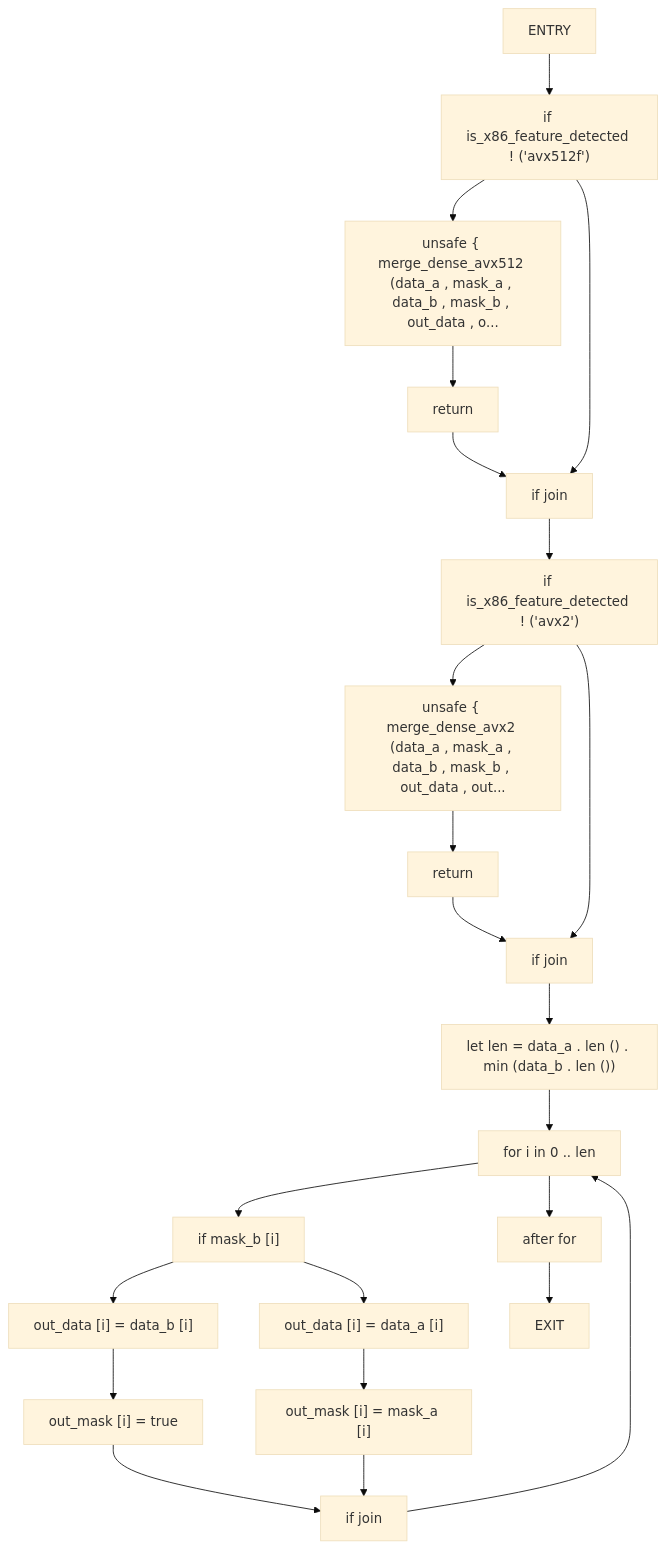
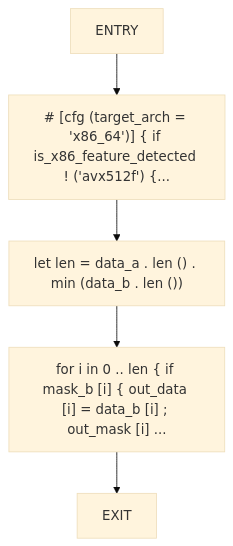
Diagram 20 of 40 in docs/analysis/cfg/010-src-01_page.md (cicero-violate/MMSB), drawn with Mermaid (base theme) before and after one commit. The commit also changed other lines of this file and 865 other files, not shown here.

````diff
--- a/docs/analysis/cfg/010-src-01_page.md
+++ b/docs/analysis/cfg/010-src-01_page.md
@@ -853,44 +561,12 @@
 ```mermaid
 flowchart TD
     merge_dense_simd_0["ENTRY"]
-    merge_dense_simd_1["if is_x86_feature_detected ! ('avx512f')"]
-    merge_dense_simd_2["unsafe { merge_dense_avx512 (data_a , mask_a , data_b , mask_b , out_data , o..."]
-    merge_dense_simd_3["return"]
-    merge_dense_simd_4["if join"]
-    merge_dense_simd_5["if is_x86_feature_detected ! ('avx2')"]
-    merge_dense_simd_6["unsafe { merge_dense_avx2 (data_a , mask_a , data_b , mask_b , out_data , out..."]
-    merge_dense_simd_7["return"]
-    merge_dense_simd_8["if join"]
-    merge_dense_simd_9["let len = data_a . len () . min (data_b . len ())"]
-    merge_dense_simd_10["for i in 0 .. len"]
-    merge_dense_simd_11["if mask_b [i]"]
-    merge_dense_simd_12["out_data [i] = data_b [i]"]
-    merge_dense_simd_13["out_mask [i] = true"]
-    merge_dense_simd_14["out_data [i] = data_a [i]"]
-    merge_dense_simd_15["out_mask [i] = mask_a [i]"]
-    merge_dense_simd_16["if join"]
-    merge_dense_simd_17["after for"]
-    merge_dense_simd_18["EXIT"]
+    merge_dense_simd_1["# [cfg (target_arch = 'x86_64')] { if is_x86_feature_detected ! ('avx512f') {..."]
+    merge_dense_simd_2["let len = data_a . len () . min (data_b . len ())"]
+    merge_dense_simd_3["for i in 0 .. len { if mask_b [i] { out_data [i] = data_b [i] ; out_mask [i] ..."]
+    merge_dense_simd_4["EXIT"]
     merge_dense_simd_0 --> merge_dense_simd_1
     merge_dense_simd_1 --> merge_dense_simd_2
     merge_dense_simd_2 --> merge_dense_simd_3
     merge_dense_simd_3 --> merge_dense_simd_4
-    merge_dense_simd_1 --> merge_dense_simd_4
-    merge_dense_simd_4 --> merge_dense_simd_5
-    merge_dense_simd_5 --> merge_dense_simd_6
-    merge_dense_simd_6 --> merge_dense_simd_7
-    merge_dense_simd_7 --> merge_dense_simd_8
-    merge_dense_simd_5 --> merge_dense_simd_8
-    merge_dense_simd_8 --> merge_dense_simd_9
-    merge_dense_simd_9 --> merge_dense_simd_10
-    merge_dense_simd_10 --> merge_dense_simd_11
-    merge_dense_simd_11 --> merge_dense_simd_12
-    merge_dense_simd_12 --> merge_dense_simd_13
-    merge_dense_simd_11 --> merge_dense_simd_14
-    merge_dense_simd_14 --> merge_dense_simd_15
-    merge_dense_simd_13 --> merge_dense_simd_16
-    merge_dense_simd_15 --> merge_dense_simd_16
-    merge_dense_simd_16 --> merge_dense_simd_10
-    merge_dense_simd_10 --> merge_dense_simd_17
-    merge_dense_simd_17 --> merge_dense_simd_18
 ```
````
